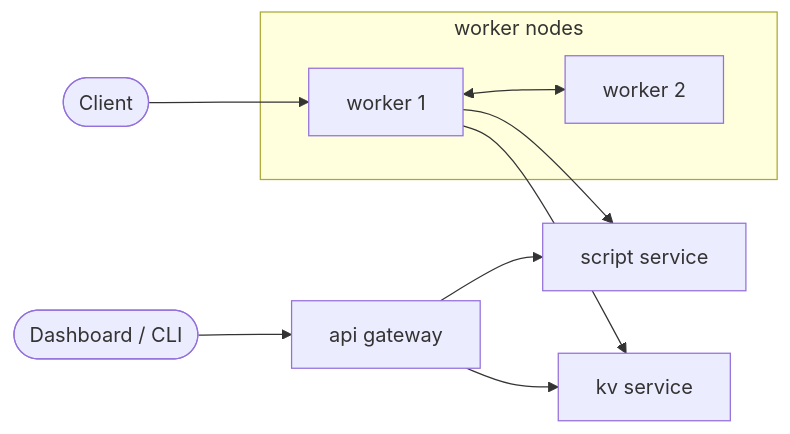
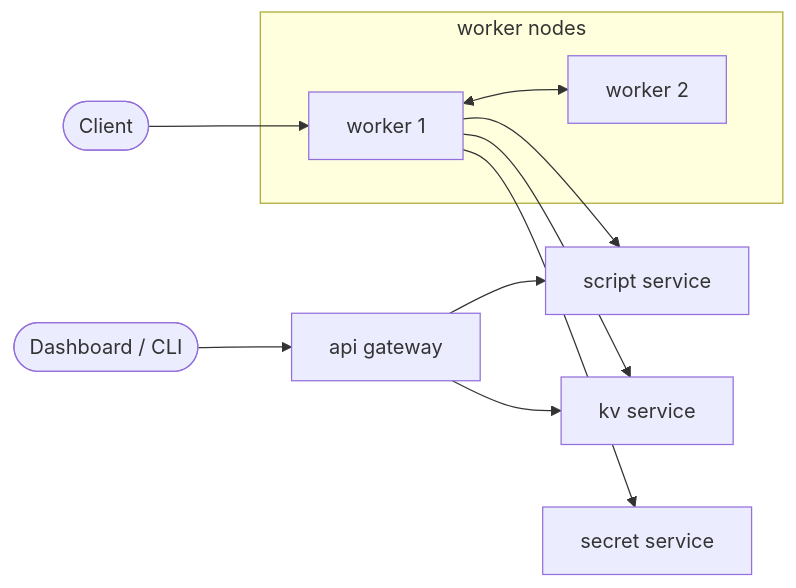
Before and after one commit to JSH32/actias: the first of 2 diagrams in actias-web/src/content/docs/internals/topology.mdx, drawn with Mermaid. The commit also changed other lines of this file and 4 other files, not shown here.

````diff
--- a/actias-web/src/content/docs/internals/topology.mdx
+++ b/actias-web/src/content/docs/internals/topology.mdx
@@ -29,12 +30,13 @@
 ```mermaid
 flowchart LR
     client([Client]) --> w1
     subgraph workers[worker nodes]
         w1[worker 1] <--> w2[worker 2]
     end
     w1 --> ss[script service]
     w1 --> kv[kv service]
+    w1 --> sec[secret service]
     api[api gateway] --> ss
     api --> kv
     dash([Dashboard / CLI]) --> api
 ```
````
